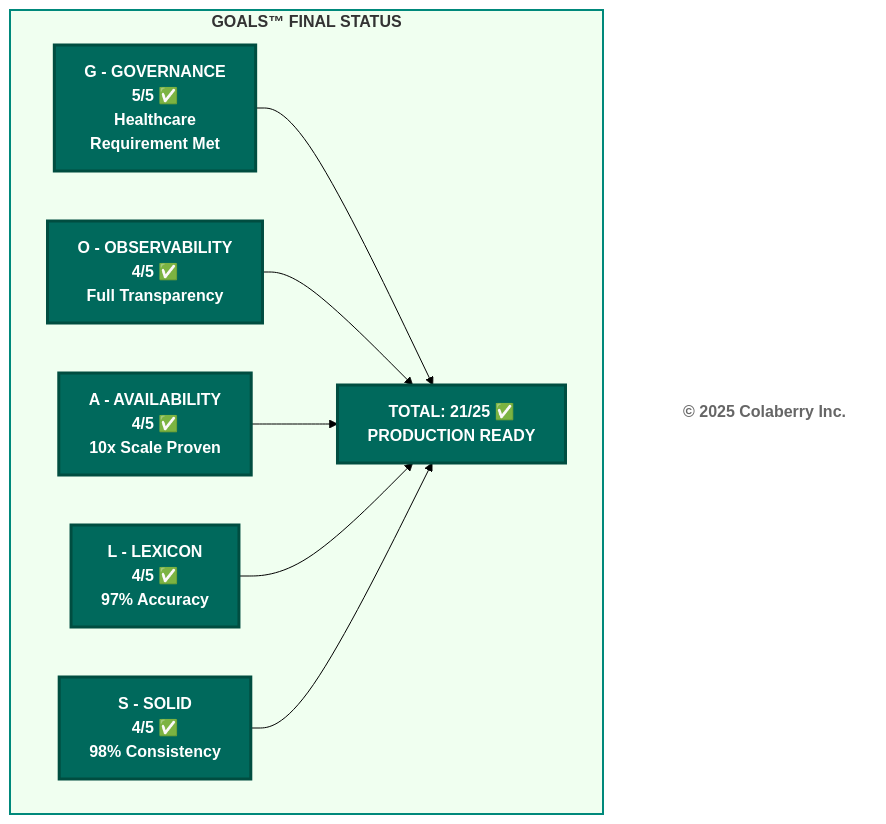
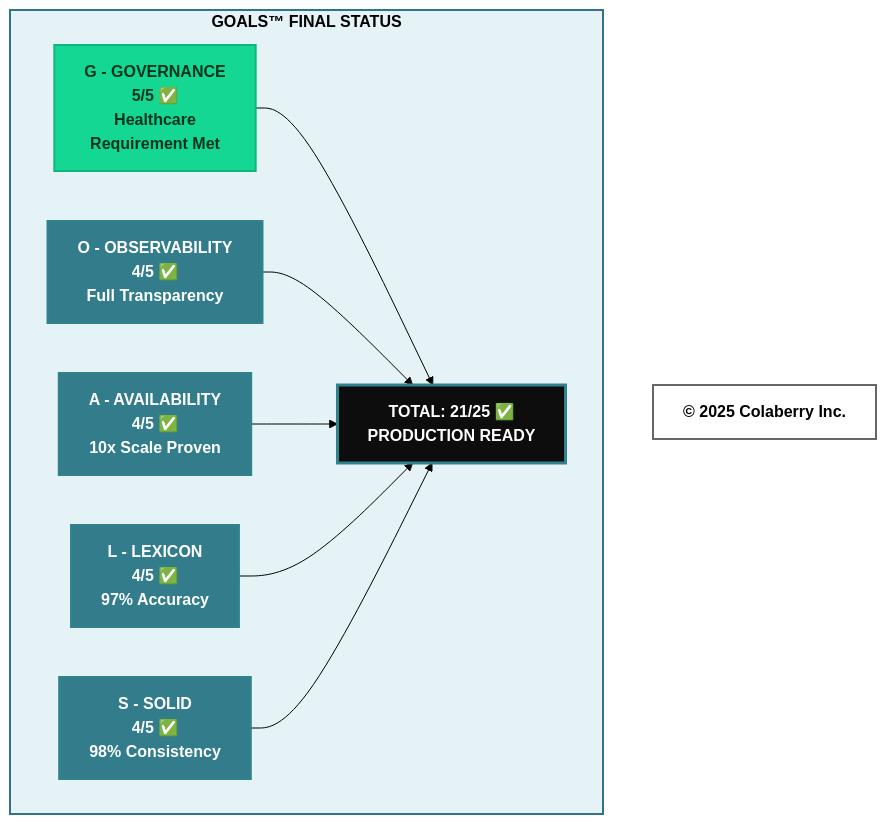
The ninth of 11 diagrams in manuscript/09_chapter_8_architecture_of_trust_in_action.md (saitejesh-cyber/trust-before-intelligence-book), drawn with Mermaid (forest theme) before and after one commit. The commit also changed other lines of this file, not shown here.

Commit message:
Update mermaid diagrams as per new coloberry color and contrast ratio for chapter 9

````diff
--- a/manuscript/09_chapter_8_architecture_of_trust_in_action.md
+++ b/manuscript/09_chapter_8_architecture_of_trust_in_action.md
@@ -957,29 +963,29 @@
 ```mermaid
 graph TB
     subgraph FINAL["<b>GOALS™ FINAL STATUS</b>"]
         G["<b>G - GOVERNANCE</b><br/><b>5/5 ✅</b><br/><b>Healthcare <br/>Requirement Met</b>"]
         O["<b>O - OBSERVABILITY</b><br/><b>4/5 ✅</b><br/><b>Full Transparency</b>"]
         A["<b>A - AVAILABILITY</b><br/><b>4/5 ✅</b><br/><b>10x Scale Proven</b>"]
         L["<b>L - LEXICON</b><br/><b>4/5 ✅</b><br/><b>97% Accuracy</b>"]
         S["<b>S - SOLID</b><br/><b>4/5 ✅</b><br/><b>98% Consistency</b>"]
         
         TOTAL["<b>TOTAL: 21/25 ✅</b><br/><b>PRODUCTION READY</b>"]
     end
     
     G --> TOTAL
     O --> TOTAL
     A --> TOTAL
     L --> TOTAL
     S --> TOTAL
     
-    style FINAL fill:#f0fff0,stroke:#00897b,stroke-width:2px
-    style G fill:#00695c,color:#ffffff,stroke:#004d40,stroke-width:3px
-    style O fill:#00695c,color:#ffffff,stroke:#004d40,stroke-width:3px
-    style A fill:#00695c,color:#ffffff,stroke:#004d40,stroke-width:3px
-    style L fill:#00695c,color:#ffffff,stroke:#004d40,stroke-width:3px
-    style S fill:#00695c,color:#ffffff,stroke:#004d40,stroke-width:3px
-    style TOTAL fill:#00695c,color:#ffffff,stroke:#004d40,stroke-width:3px
+    style FINAL fill:#E6F3F6,stroke:#32738C,stroke-width:2px,color:#000000
+    style G fill:#14D793,stroke:#0FB67D,stroke-width:2px,color:#003322
+    style O fill:#327C8C,stroke:#30838C,stroke-width:2px,color:#ffffff
+    style A fill:#327C8C,stroke:#30838C,stroke-width:2px,color:#ffffff
+    style L fill:#327C8C,stroke:#30838C,stroke-width:2px,color:#ffffff
+    style S fill:#327C8C,stroke:#30838C,stroke-width:2px,color:#ffffff
+    style TOTAL fill:#0D0D0D,stroke:#30838C,stroke-width:3px,color:#ffffff
     
     Copyright["<b>© 2025 Colaberry Inc.</b>"]
-    style Copyright fill:#ffffff,stroke:none,color:#666666
+    style Copyright fill:#ffffff,stroke:#666666,stroke-width:2px,color:#000000
 ```
````
